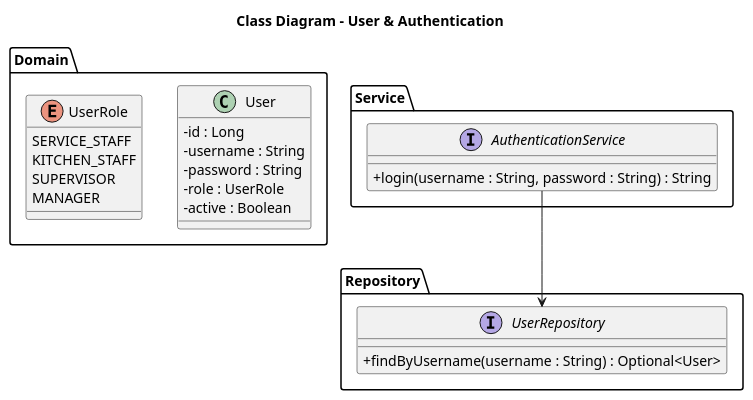
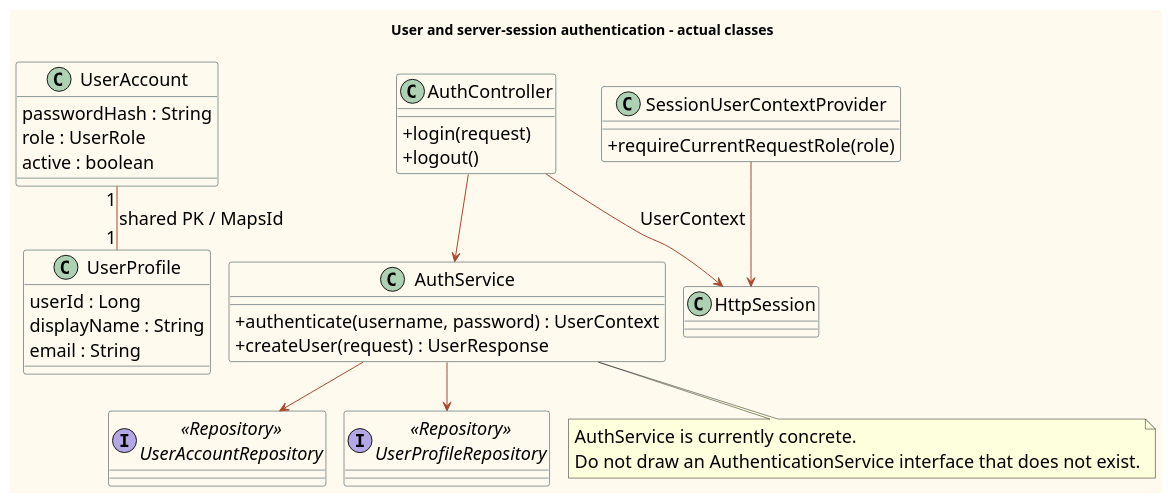
The diagram in doc/diagrams/class-auth.puml (PavaritPramual/buffet-restaurant-management-system), drawn with PlantUML before and after one commit. The commit also changed 58 other files, not shown here.

Commit message:
docs: complete course diagrams and Canva deck for 12-minute team presentation

```diff
--- a/doc/diagrams/class-auth.puml
+++ b/doc/diagrams/class-auth.puml
@@ -1,38 +1,49 @@
 @startuml
-title Class Diagram - User & Authentication
-
+!pragma layout smetana
+skinparam shadowing false
+skinparam backgroundColor #FFF9EE
+skinparam defaultFontName Tahoma
+skinparam defaultFontSize 18
 skinparam classAttributeIconSize 0
-skinparam shadowing false
-
-package "Domain" {
-    class User {
-        - id : Long
-        - username : String
-        - password : String
-        - role : UserRole
-        - active : Boolean
-    }
-
-    enum UserRole {
-        SERVICE_STAFF
-        KITCHEN_STAFF
-        SUPERVISOR
-        MANAGER
-    }
+skinparam ArrowColor #A54A2E
+skinparam classBackgroundColor #FFF9EE
+skinparam classBorderColor #173A45
+skinparam actorBorderColor #173A45
+skinparam usecaseBackgroundColor #F2E6D4
+skinparam usecaseBorderColor #A54A2E
+title User and server-session authentication - actual classes
+class UserAccount {
+passwordHash : String
+role : UserRole
+active : boolean
 }
-
-package "Service" {
-    interface AuthenticationService {
-        + login(username : String, password : String) : String
-    }
+class UserProfile {
+userId : Long
+displayName : String
+email : String
 }
-
-package "Repository" {
-    interface UserRepository {
-        + findByUsername(username : String) : Optional<User>
-    }
+class AuthService {
++authenticate(username, password) : UserContext
++createUser(request) : UserResponse
 }
-
-AuthenticationService --> UserRepository
-
+interface UserAccountRepository <<Repository>>
+interface UserProfileRepository <<Repository>>
+class AuthController {
++login(request)
++logout()
+}
+class SessionUserContextProvider {
++requireCurrentRequestRole(role)
+}
+class HttpSession
+UserAccount "1" -- "1" UserProfile : shared PK / MapsId
+AuthController --> AuthService
+AuthService --> UserAccountRepository
+AuthService --> UserProfileRepository
+AuthController --> HttpSession : UserContext
+SessionUserContextProvider --> HttpSession
+note bottom of AuthService
+AuthService is currently concrete.
+Do not draw an AuthenticationService interface that does not exist.
+end note
 @enduml
```
